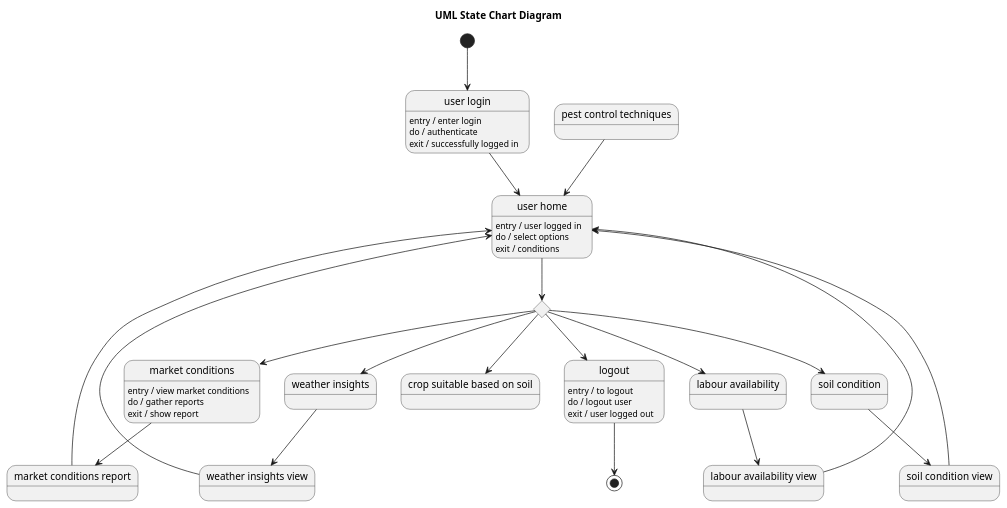
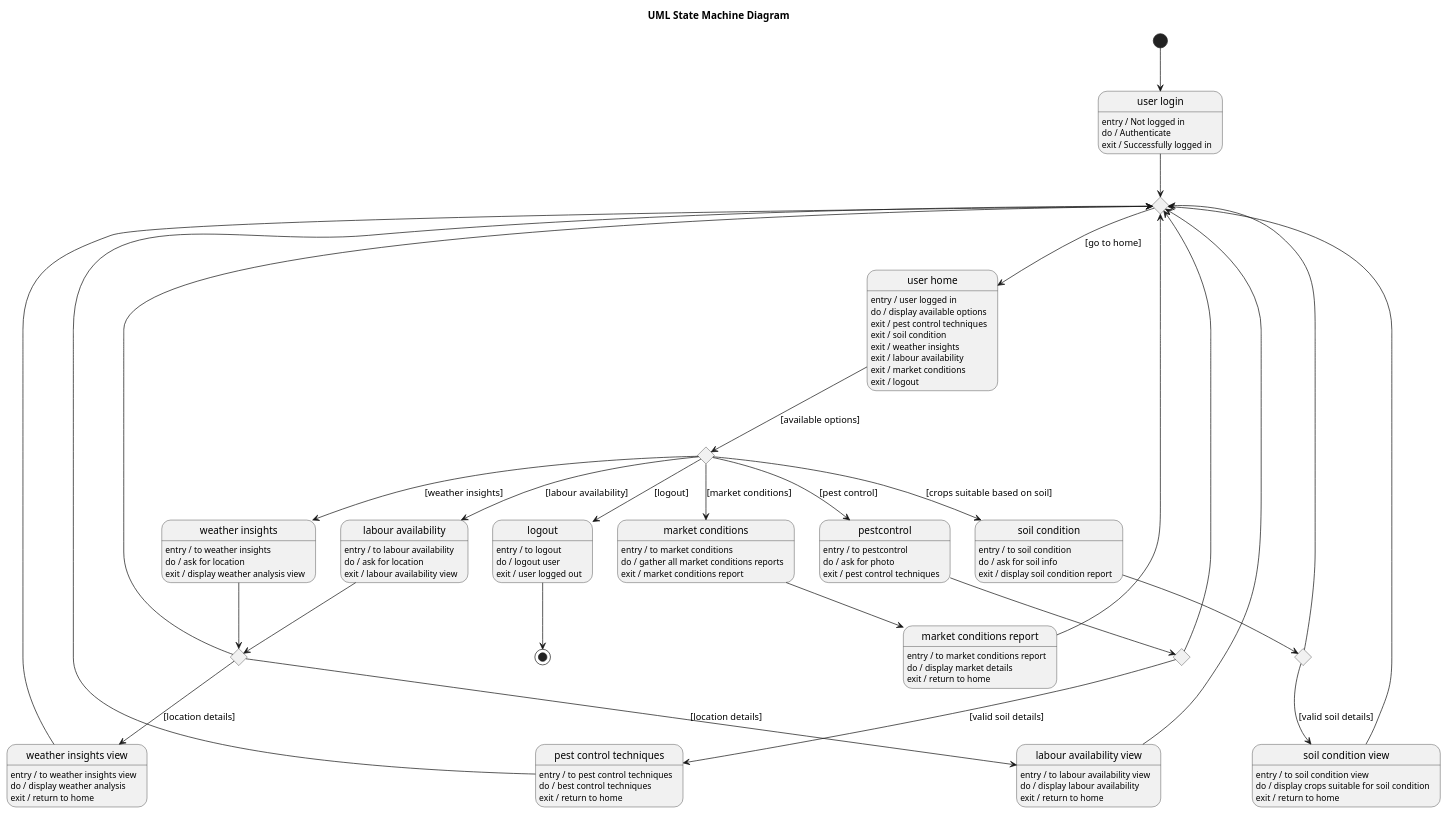
Before and after one commit to maimunafaria/State_transition_Diagram_generated_by_LLM: the diagram in dataset/case_31_farm_management_system/diagram.puml, drawn with PlantUML. The commit also changed 17 other files, not shown here.

```diff
--- a/dataset/case_31_farm_management_system/diagram.puml
+++ b/dataset/case_31_farm_management_system/diagram.puml
@@ -1,82 +1,118 @@
 @startuml
-title UML State Chart Diagram
+title UML State Machine Diagram
 
-'========================
-' Start
-'========================
 [*] --> UserLogin
 
 state "user login" as UserLogin
-UserLogin : entry / enter login
-UserLogin : do / authenticate
-UserLogin : exit / successfully logged in
+UserLogin : entry / Not logged in
+UserLogin : do / Authenticate
+UserLogin : exit / Successfully logged in
 
-UserLogin --> UserHome
-
-'========================
-' Home
-'========================
 state "user home" as UserHome
 UserHome : entry / user logged in
-UserHome : do / select options
-UserHome : exit / conditions
+UserHome : do / display available options
+UserHome : exit / pest control techniques
+UserHome : exit / soil condition
+UserHome : exit / weather insights
+UserHome : exit / labour availability
+UserHome : exit / market conditions
+UserHome : exit / logout
 
-state HomeChoice <<choice>>
-UserHome --> HomeChoice
-
-state logout
-logout : entry / to logout
-logout : do / logout user
-logout : exit / user logged out
+state "logout" as Logout
+Logout : entry / to logout
+Logout : do / logout user
+Logout : exit / user logged out
 
 state "market conditions" as MarketConditions
-MarketConditions : entry / view market conditions
-MarketConditions : do / gather reports
-MarketConditions : exit / show report
+MarketConditions : entry / to market conditions
+MarketConditions : do / gather all market conditions reports
+MarketConditions : exit / market conditions report
 
-state "crop suitable based on soil" as CropSuggestion
+state "market conditions report" as MarketReport
+MarketReport : entry / to market conditions report
+MarketReport : do / display market details
+MarketReport : exit / return to home
+
+state "pestcontrol" as PestControl
+PestControl : entry / to pestcontrol
+PestControl : do / ask for photo
+PestControl : exit / pest control techniques
+
+state "pest control techniques" as PestTechniques
+PestTechniques : entry / to pest control techniques
+PestTechniques : do / best control techniques
+PestTechniques : exit / return to home
+
 state "soil condition" as SoilCondition
+SoilCondition : entry / to soil condition
+SoilCondition : do / ask for soil info
+SoilCondition : exit / display soil condition report
+
+state "soil condition view" as SoilView
+SoilView : entry / to soil condition view
+SoilView : do / display crops suitable for soil condition
+SoilView : exit / return to home
+
 state "weather insights" as WeatherInsights
+WeatherInsights : entry / to weather insights
+WeatherInsights : do / ask for location
+WeatherInsights : exit / display weather analysis view
+
+state "weather insights view" as WeatherView
+WeatherView : entry / to weather insights view
+WeatherView : do / display weather analysis
+WeatherView : exit / return to home
+
 state "labour availability" as LabourAvailability
+LabourAvailability : entry / to labour availability
+LabourAvailability : do / ask for location
+LabourAvailability : exit / labour availability view
 
-HomeChoice --> logout
-HomeChoice --> MarketConditions
-HomeChoice --> CropSuggestion
-HomeChoice --> SoilCondition
-HomeChoice --> WeatherInsights
-HomeChoice --> LabourAvailability
+state "labour availability view" as LabourView
+LabourView : entry / to labour availability view
+LabourView : do / display labour availability
+LabourView : exit / return to home
 
-logout --> [*]
+state HomeOptions <<choice>>
+state ReturnJoin <<choice>>
+state SoilChoice <<choice>>
+state WeatherChoice <<choice>>
+state PestChoice <<choice>>
 
-'========================
-' Market flow
-'========================
-state "market conditions report" as MarketReport
+UserLogin --> ReturnJoin
+ReturnJoin --> UserHome  : [go to home]
+
+UserHome --> HomeOptions : [available options]
+
+HomeOptions --> Logout : [logout]
+HomeOptions --> MarketConditions : [market conditions]
+HomeOptions --> LabourAvailability : [labour availability]
+HomeOptions --> WeatherInsights : [weather insights]
+HomeOptions --> SoilCondition : [crops suitable based on soil]
+HomeOptions --> PestControl : [pest control]
+
+PestControl --> PestChoice
+PestChoice --> PestTechniques : [valid soil details]
+
+SoilCondition --> SoilChoice
+SoilChoice --> SoilView : [valid soil details]
+
+WeatherInsights --> WeatherChoice
+WeatherChoice --> WeatherView : [location details]
+
+LabourAvailability --> WeatherChoice
+WeatherChoice --> LabourView : [location details]
+
 MarketConditions --> MarketReport
-MarketReport --> UserHome
 
-'========================
-' Soil flow
-'========================
-state "soil condition view" as SoilView
-state "pest control techniques" as PestControl
-
-SoilCondition --> SoilView
-SoilView --> UserHome
-PestControl --> UserHome
-
-'========================
-' Weather flow
-'========================
-state "weather insights view" as WeatherView
-WeatherInsights --> WeatherView
-WeatherView --> UserHome
-
-'========================
-' Labour flow
-'========================
-state "labour availability view" as LabourView
-LabourAvailability --> LabourView
-LabourView --> UserHome
+PestTechniques --> ReturnJoin
+SoilView --> ReturnJoin
+WeatherView --> ReturnJoin
+LabourView --> ReturnJoin
+MarketReport --> ReturnJoin
+SoilChoice --> ReturnJoin
+PestChoice --> ReturnJoin
+WeatherChoice --> ReturnJoin
+Logout --> [*]
 
 @enduml
```
